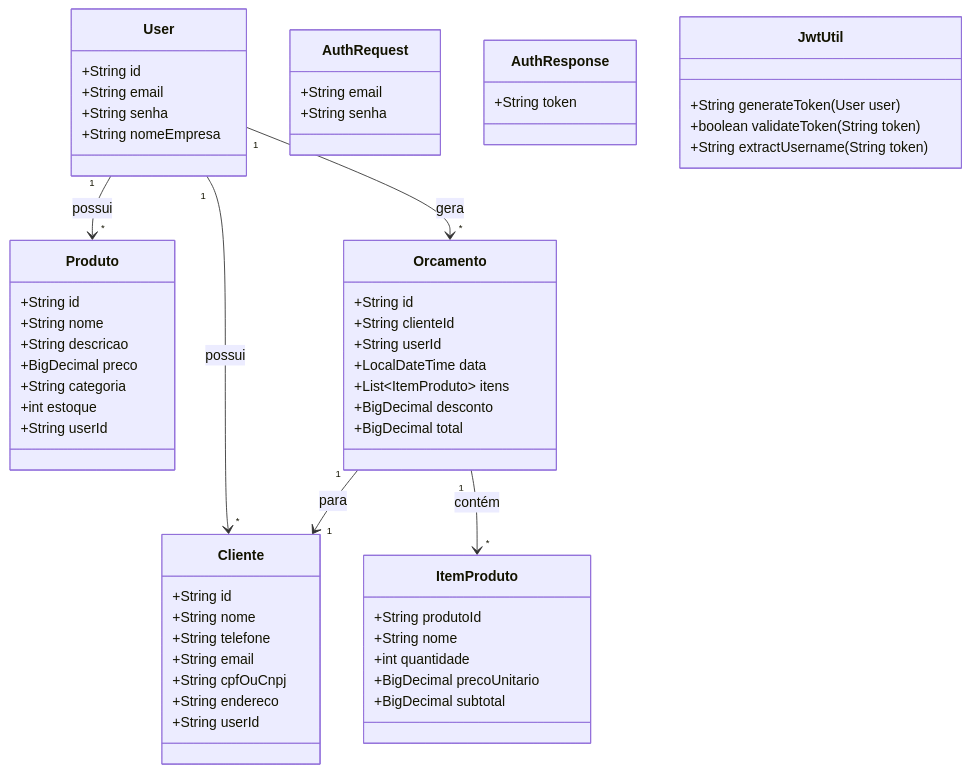
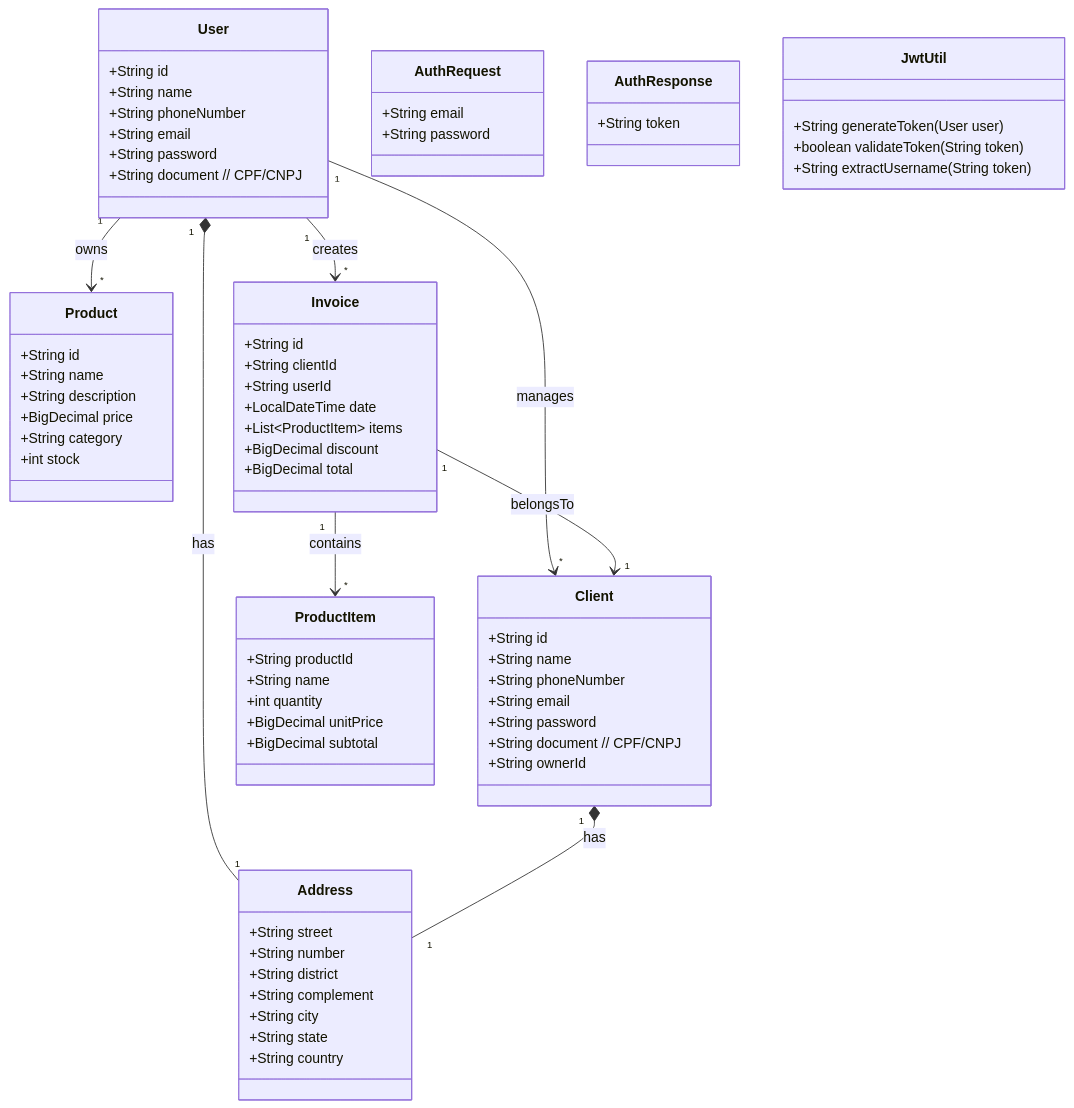
The diagram in README.md (ohiagosouza/invoice-app), drawn with Mermaid before and after one commit.

Commit message:
updated README.md - UML

````diff
--- a/README.md
+++ b/README.md
@@ -6,68 +6,81 @@
 ```mermaid
 classDiagram
     class User {
         +String id
+        +String name
+        +String phoneNumber
         +String email
-        +String senha
-        +String nomeEmpresa
+        +String password
+        +String document // CPF/CNPJ
     }
 
-    class Cliente {
-        +String id
-        +String nome
-        +String telefone
-        +String email
-        +String cpfOuCnpj
-        +String endereco
-        +String userId
+    class Address {
+        +String street
+        +String number
+        +String district
+        +String complement
+        +String city
+        +String state
+        +String country
     }
 
-    class Produto {
+    class Client {
         +String id
-        +String nome
-        +String descricao
-        +BigDecimal preco
-        +String categoria
-        +int estoque
-        +String userId
+        +String name
+        +String phoneNumber
+        +String email
+        +String password
+        +String document // CPF/CNPJ
+        +String ownerId
     }
 
-    class Orcamento {
+    class Product {
         +String id
-        +String clienteId
+        +String name
+        +String description
+        +BigDecimal price
+        +String category
+        +int stock
+    }
+
+    class Invoice {
+        +String id
+        +String clientId
         +String userId
-        +LocalDateTime data
-        +List~ItemProduto~ itens
-        +BigDecimal desconto
+        +LocalDateTime date
+        +List~ProductItem~ items
+        +BigDecimal discount
         +BigDecimal total
     }
 
-    class ItemProduto {
-        +String produtoId
-        +String nome
-        +int quantidade
-        +BigDecimal precoUnitario
+    class ProductItem {
+        +String productId
+        +String name
+        +int quantity
+        +BigDecimal unitPrice
         +BigDecimal subtotal
     }
 
     class AuthRequest {
         +String email
-        +String senha
+        +String password
     }
 
     class AuthResponse {
         +String token
     }
 
     class JwtUtil {
         +String generateToken(User user)
         +boolean validateToken(String token)
         +String extractUsername(String token)
     }
 
-    User "1" --> "*" Cliente : possui
-    User "1" --> "*" Produto : possui
-    User "1" --> "*" Orcamento : gera
-    Orcamento "1" --> "*" ItemProduto : contém
-    Orcamento "1" --> "1" Cliente : para
+    User "1" --> "*" Client : manages
+    User "1" *-- "1" Address : has
+    User "1" --> "*" Product : owns
+    User "1" --> "*" Invoice : creates
+    Client "1" *-- "1" Address : has
+    Invoice "1" --> "*" ProductItem : contains
+    Invoice "1" --> "1" Client : belongsTo
 ```
````
